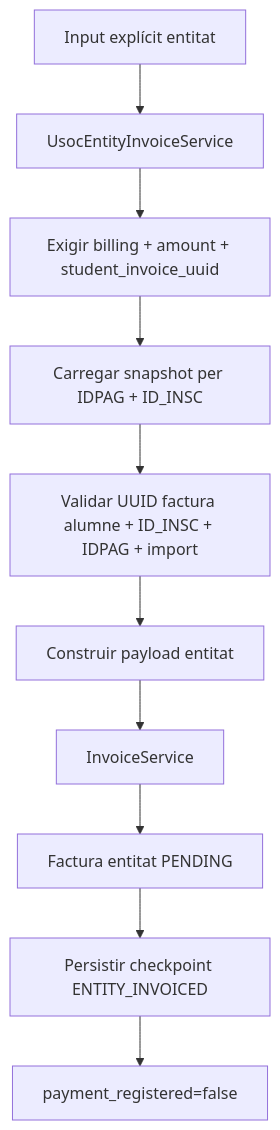
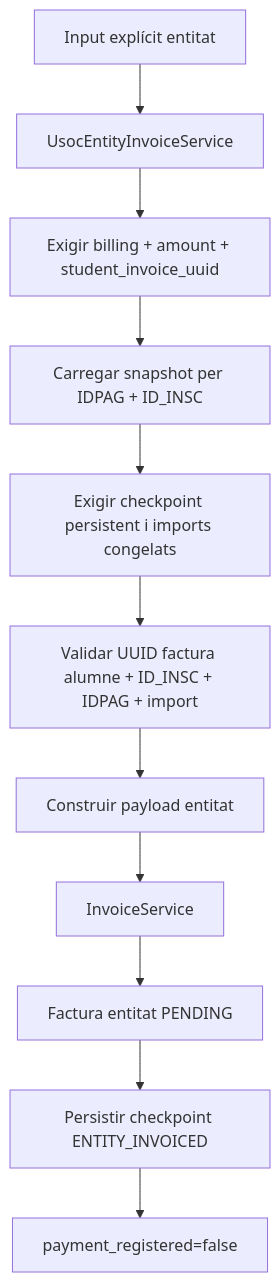
Diagram 19 of 23 in documentacio/07-uml-integrat/uc-013-activitats-pagines-actual-final.md (orgmeriemprismacat-del/verifactu), drawn with Mermaid before and after one commit. The commit also changed other lines of this file, not shown here.

Commit message:
docs(uc-013): actualitzar activitats amb dues UI i checkpoint previ

````diff
--- a/documentacio/07-uml-integrat/uc-013-activitats-pagines-actual-final.md
+++ b/documentacio/07-uml-integrat/uc-013-activitats-pagines-actual-final.md
@@ -238,12 +238,13 @@
 ```mermaid
 flowchart TD
     A[Input explícit entitat] --> B[UsocEntityInvoiceService]
     B --> C[Exigir billing + amount + student_invoice_uuid]
     C --> D[Carregar snapshot per IDPAG + ID_INSC]
-    D --> E[Validar UUID factura alumne + ID_INSC + IDPAG + import]
-    E --> F[Construir payload entitat]
-    F --> G[InvoiceService]
-    G --> H[Factura entitat PENDING]
-    H --> I[Persistir checkpoint ENTITY_INVOICED]
-    I --> J[payment_registered=false]
+    D --> E[Exigir checkpoint persistent i imports congelats]
+    E --> F[Validar UUID factura alumne + ID_INSC + IDPAG + import]
+    F --> G[Construir payload entitat]
+    G --> H[InvoiceService]
+    H --> I[Factura entitat PENDING]
+    I --> J[Persistir checkpoint ENTITY_INVOICED]
+    J --> K[payment_registered=false]
 ```
````
